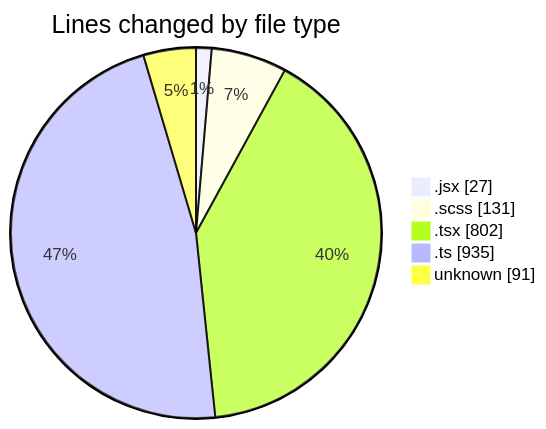
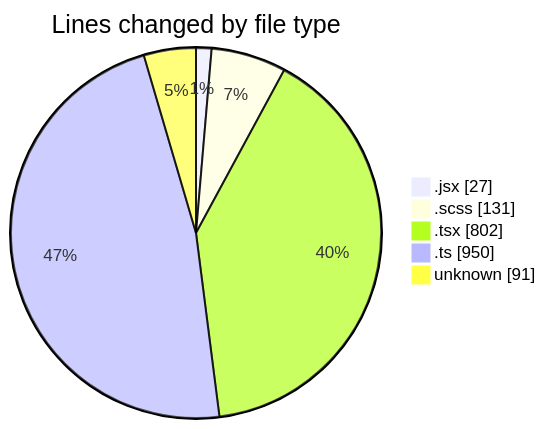
One commit to momahboobian/code-tracking changed the first of 2 diagrams in 2026-03-16/cda/README.md. Above: the diagram before and after it, drawn with Mermaid. The commit also changed other lines of this file and 1 other file, not shown here.

````diff
--- a/2026-03-16/cda/README.md
+++ b/2026-03-16/cda/README.md
@@ -32,9 +32,9 @@
 ```mermaid
 pie showData
 title Lines changed by file type
 ".jsx" : 27
 ".scss" : 131
 ".tsx" : 802
-".ts" : 935
+".ts" : 950
 "unknown" : 91
 ```
````
